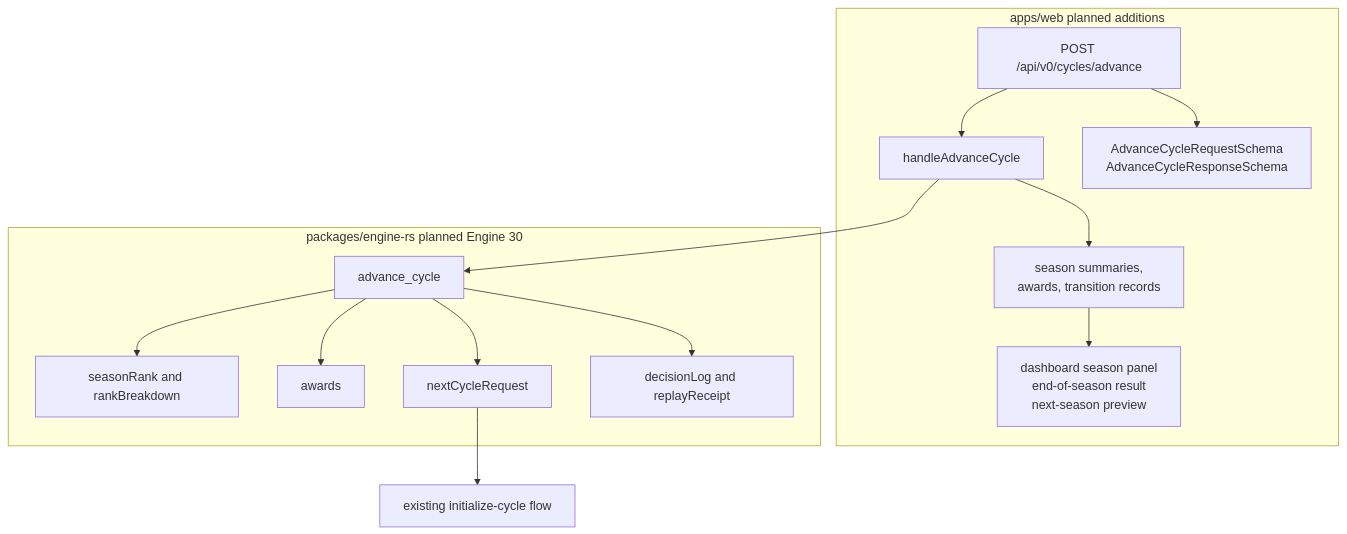
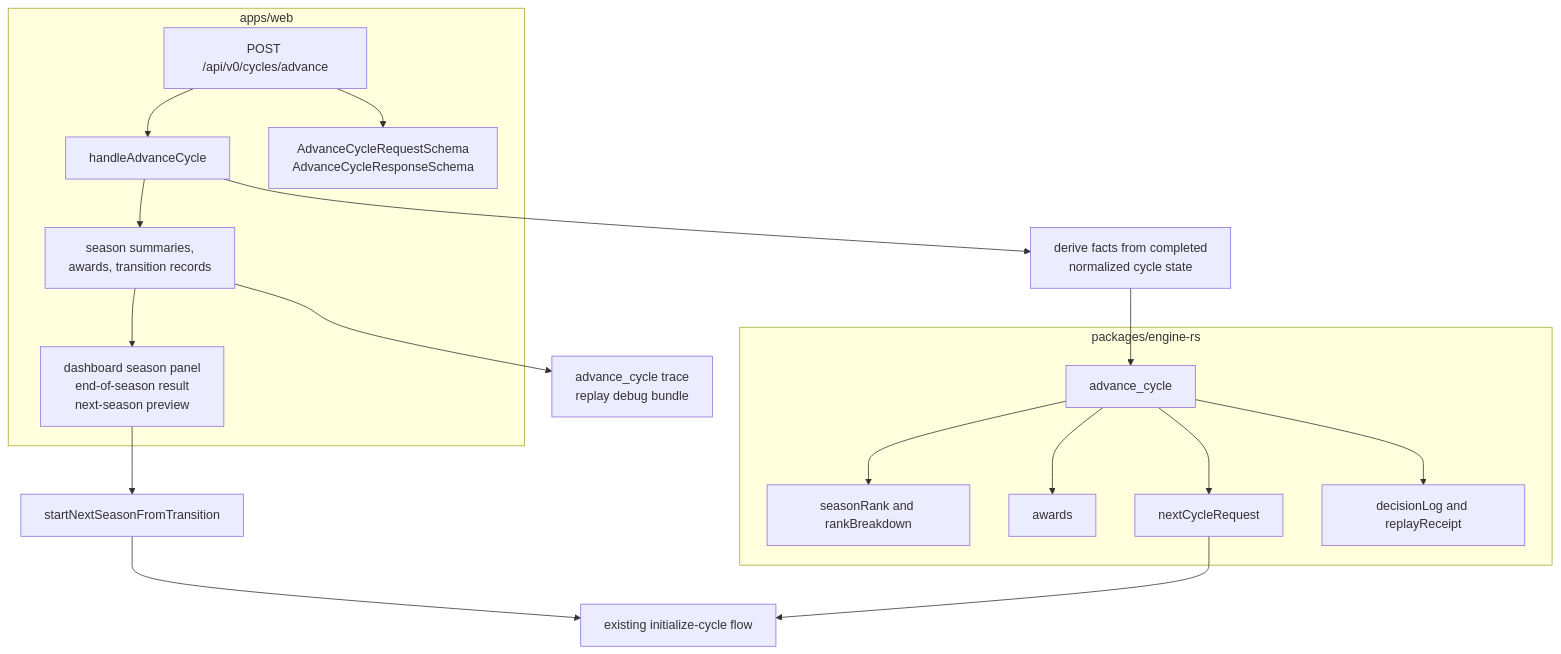
Before and after one commit to manjuyod/adaptabuddy_v2: the third of 3 diagrams in docs/mermaid/app-service-map.md, drawn with Mermaid. The commit also changed other lines of this file and 6 other files, not shown here.

Commit message:
mermaid update

````diff
--- a/docs/mermaid/app-service-map.md
+++ b/docs/mermaid/app-service-map.md
@@ -92,29 +93,33 @@
 ```mermaid
 flowchart TB
-  subgraph ProductShell["apps/web planned additions"]
+  subgraph ProductShell["apps/web"]
     AdvanceRoute["POST /api/v0/cycles/advance"]
     AdvanceService["handleAdvanceCycle"]
     AdvanceContracts["AdvanceCycleRequestSchema<br/>AdvanceCycleResponseSchema"]
     SeasonPersistence["season summaries,<br/>awards, transition records"]
     SeasonUI["dashboard season panel<br/>end-of-season result<br/>next-season preview"]
   end
 
-  subgraph Engine30["packages/engine-rs planned Engine 30"]
+  subgraph Engine30["packages/engine-rs"]
     AdvanceCycle["advance_cycle"]
     Rank["seasonRank and rankBreakdown"]
     Awards["awards"]
     NextCycle["nextCycleRequest"]
     Replay["decisionLog and replayReceipt"]
   end
 
   AdvanceRoute --> AdvanceContracts
   AdvanceRoute --> AdvanceService
-  AdvanceService --> AdvanceCycle
+  AdvanceService --> DeriveFacts["derive facts from completed<br/>normalized cycle state"]
+  DeriveFacts --> AdvanceCycle
   AdvanceCycle --> Rank
   AdvanceCycle --> Awards
   AdvanceCycle --> NextCycle
   AdvanceCycle --> Replay
   AdvanceService --> SeasonPersistence
+  SeasonPersistence --> ReplayTrace["advance_cycle trace<br/>replay debug bundle"]
   SeasonPersistence --> SeasonUI
+  SeasonUI --> StartNext["startNextSeasonFromTransition"]
+  StartNext --> ExistingInitialize
   NextCycle --> ExistingInitialize["existing initialize-cycle flow"]
 ```
````
